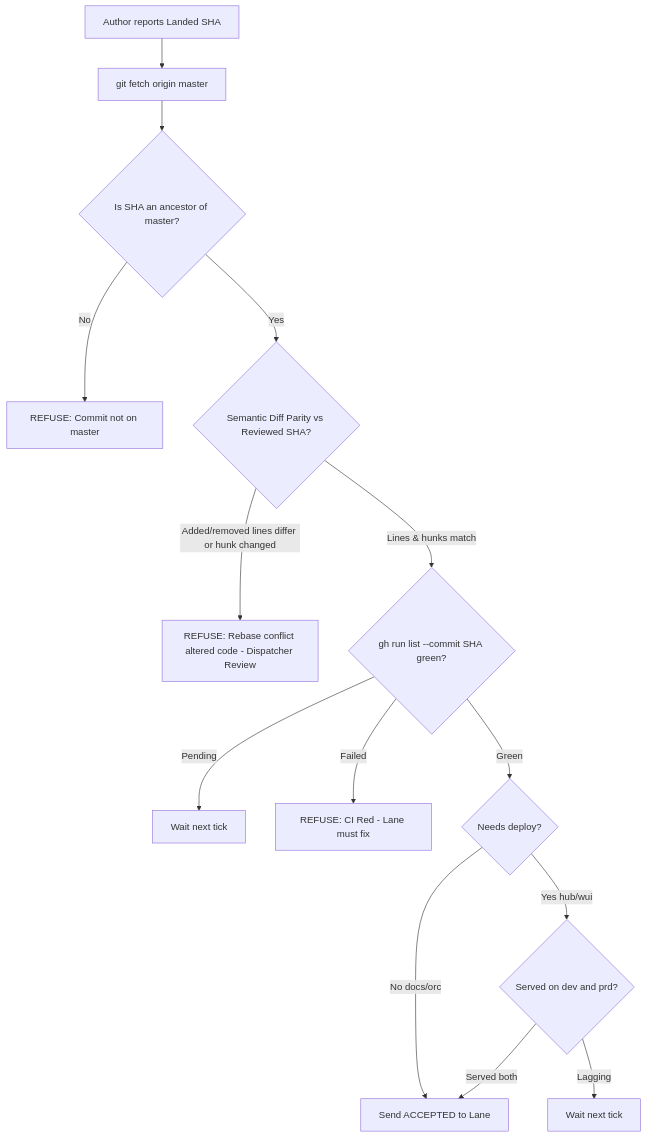
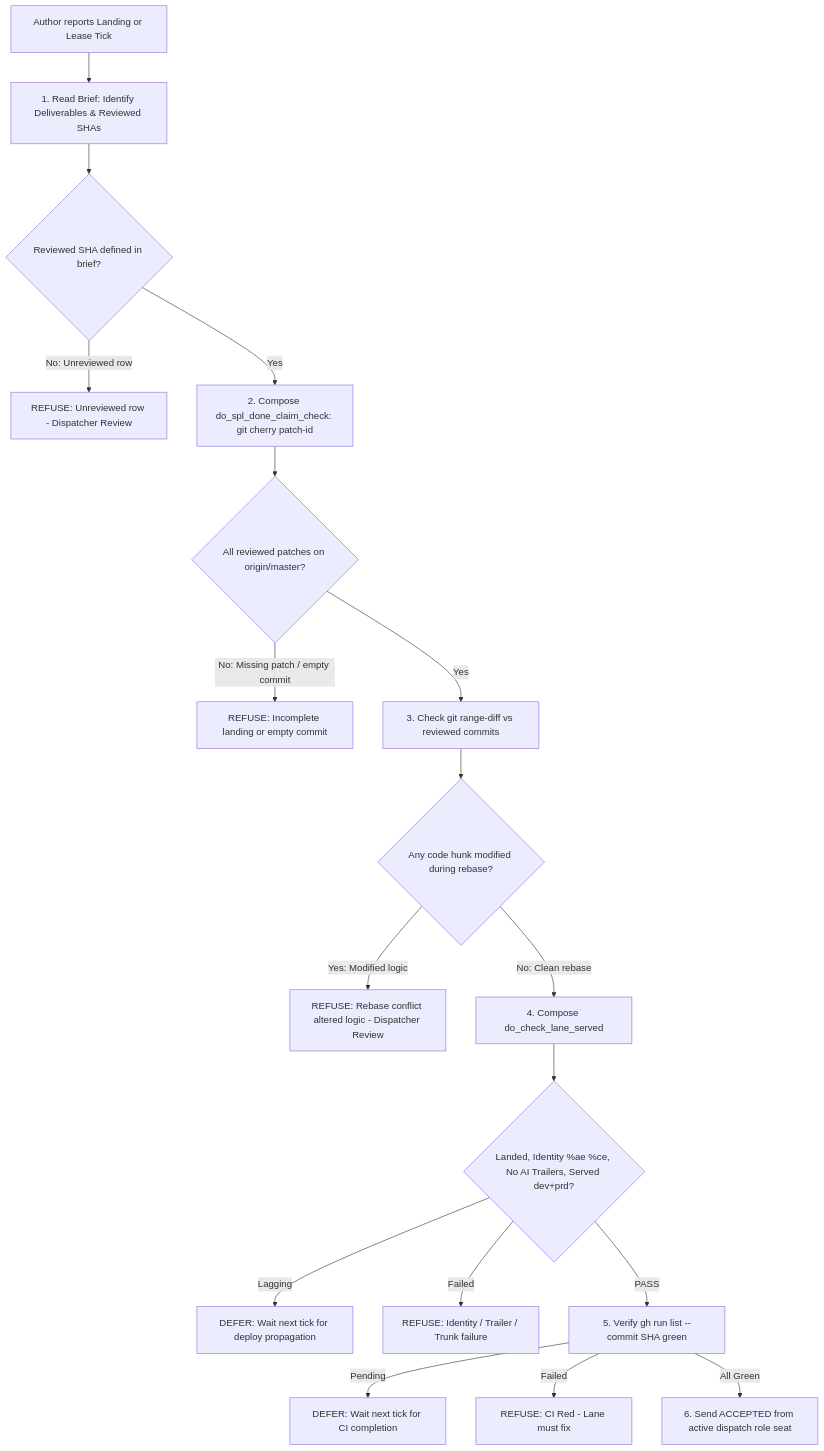
Before and after one commit to csitea/csi-spl: the third of 6 diagrams in csi-spl-doc/specs/157-dispatch-automation/spec.md, drawn with Mermaid. The commit also changed other lines of this file, not shown here.

````diff
--- a/csi-spl-doc/specs/157-dispatch-automation/spec.md
+++ b/csi-spl-doc/specs/157-dispatch-automation/spec.md
@@ -173,16 +204,20 @@
 ```mermaid
 flowchart TD
-    Start[Author reports Landed SHA] --> Fetch[git fetch origin master]
-    Fetch --> TrunkCheck{Is SHA an ancestor of master?}
-    TrunkCheck -->|No| Refuse1[REFUSE: Commit not on master]
-    TrunkCheck -->|Yes| DiffCheck{Semantic Diff Parity vs Reviewed SHA?}
-    DiffCheck -->|Added/removed lines differ or hunk changed| Refuse2[REFUSE: Rebase conflict altered code - Dispatcher Review]
-    DiffCheck -->|Lines & hunks match| CICheck{gh run list --commit SHA green?}
-    CICheck -->|Pending| Wait[Wait next tick]
-    CICheck -->|Failed| Refuse3[REFUSE: CI Red - Lane must fix]
-    CICheck -->|Green| DeployCheck{Needs deploy?}
-    DeployCheck -->|No docs/orc| SendAcc[Send ACCEPTED to Lane]
-    DeployCheck -->|Yes hub/wui| ServCheck{Served on dev and prd?}
-    ServCheck -->|Lagging| WaitDeploy[Wait next tick]
-    ServCheck -->|Served both| SendAcc
+    Start[Author reports Landing or Lease Tick] --> ReadBrief[1. Read Brief: Identify Deliverables & Reviewed SHAs]
+    ReadBrief --> CheckRev{Reviewed SHA defined in brief?}
+    CheckRev -->|No: Unreviewed row| RefuseUnrev[REFUSE: Unreviewed row - Dispatcher Review]
+    CheckRev -->|Yes| DoneClaim[2. Compose do_spl_done_claim_check: git cherry patch-id]
+    DoneClaim --> PatchMatch{All reviewed patches on origin/master?}
+    PatchMatch -->|No: Missing patch / empty commit| RefusePatch[REFUSE: Incomplete landing or empty commit]
+    PatchMatch -->|Yes| RangeDiff[3. Check git range-diff vs reviewed commits]
+    RangeDiff --> HunkCheck{Any code hunk modified during rebase?}
+    HunkCheck -->|Yes: Modified logic| RefuseHunk[REFUSE: Rebase conflict altered logic - Dispatcher Review]
+    HunkCheck -->|No: Clean rebase| LaneServed[4. Compose do_check_lane_served]
+    LaneServed --> ServedCheck{Landed, Identity %ae %ce, No AI Trailers, Served dev+prd?}
+    ServedCheck -->|Lagging| DeferDeploy[DEFER: Wait next tick for deploy propagation]
+    ServedCheck -->|Failed| RefuseServed[REFUSE: Identity / Trailer / Trunk failure]
+    ServedCheck -->|PASS| CICheck[5. Verify gh run list --commit SHA green]
+    CICheck -->|Pending| DeferCI[DEFER: Wait next tick for CI completion]
+    CICheck -->|Failed| RefuseCI[REFUSE: CI Red - Lane must fix]
+    CICheck -->|All Green| SendAcc[6. Send ACCEPTED from active dispatch role seat]
 ```
````
